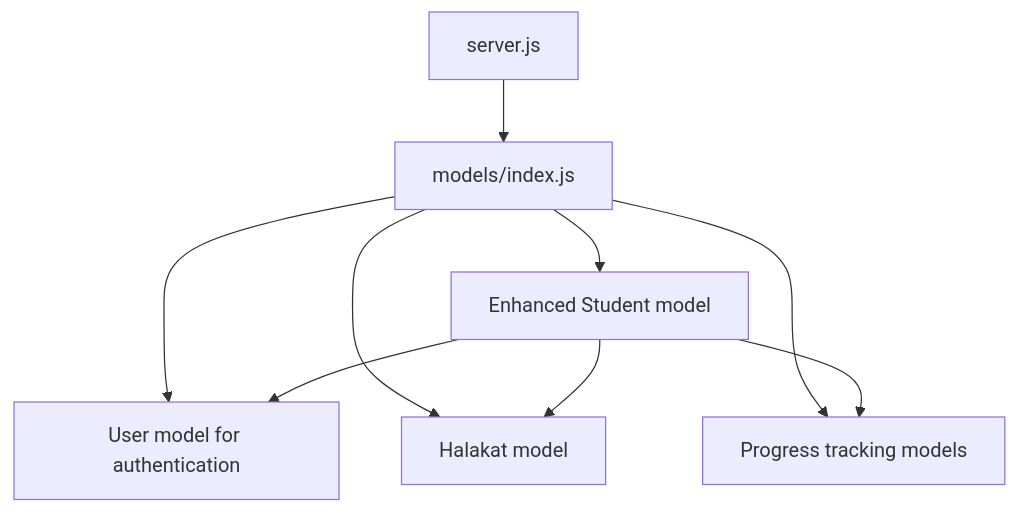
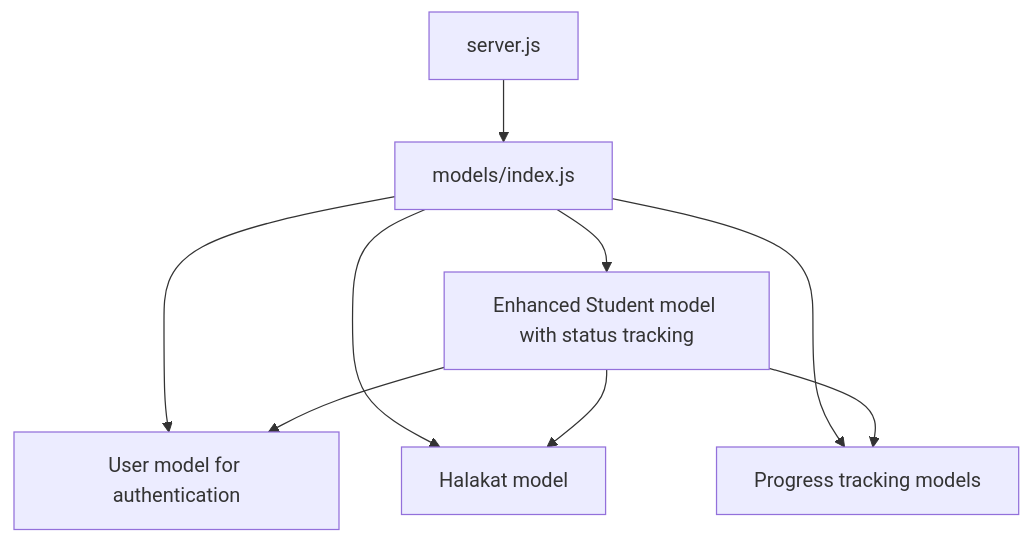
The eighth of 8 diagrams in .qoder/repowiki/en/content/Database Design/Student Model.md (Mreng78/khirocom_project), drawn with Mermaid before and after one commit. The commit also changed other lines of this file and 6 other files, not shown here.

````diff
--- a/.qoder/repowiki/en/content/Database Design/Student Model.md
+++ b/.qoder/repowiki/en/content/Database Design/Student Model.md
@@ -332,11 +368,11 @@
 ```mermaid
 graph TB
 Server["server.js"] --> ModelsIndex["models/index.js"]
-ModelsIndex --> Student["Enhanced Student model"]
+ModelsIndex --> Student["Enhanced Student model with status tracking"]
 ModelsIndex --> User["User model for authentication"]
 ModelsIndex --> Halakat["Halakat model"]
 ModelsIndex --> ProgressModels["Progress tracking models"]
 Student --> User
 Student --> Halakat
 Student --> ProgressModels
 ```
````
